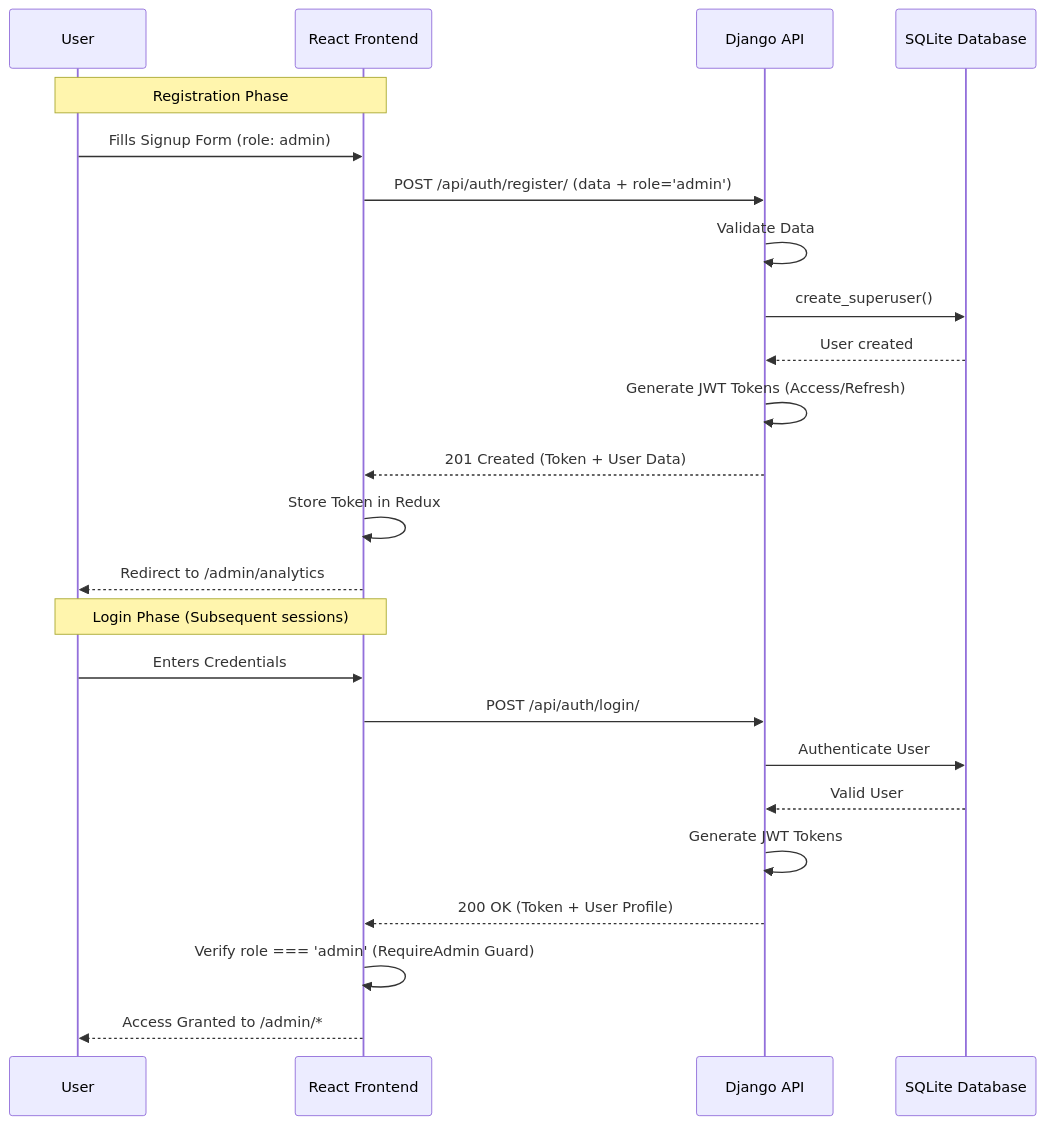
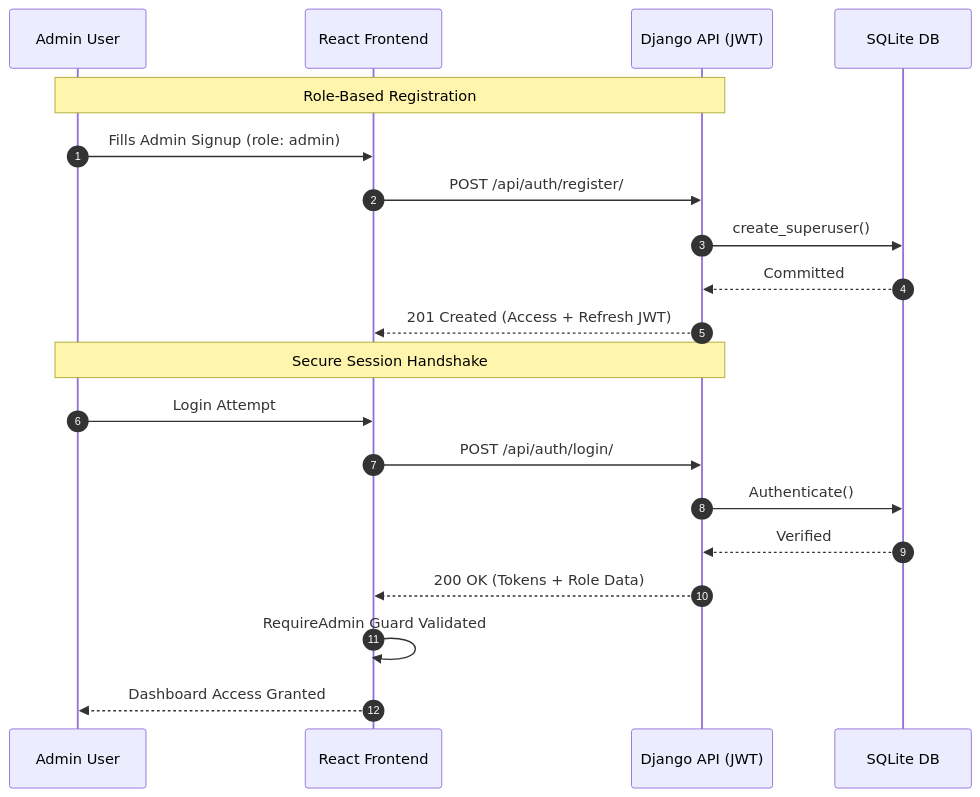
The first of 2 diagrams in README.md (bhushantile20/EVERMILK), drawn with Mermaid before and after one commit. The commit also changed other lines of this file, not shown here.

````diff
--- a/README.md
+++ b/README.md
@@ -94,28 +33,24 @@
 ```mermaid
 sequenceDiagram
-    participant User
-    participant Frontend as React Frontend
-    participant Backend as Django API
-    participant DB as SQLite Database
+    autonumber
+    participant Admin as Admin User
+    participant FE as React Frontend
+    participant BE as Django API (JWT)
+    participant DB as SQLite DB
 
-    Note over User, Frontend: Registration Phase
-    User->>Frontend: Fills Signup Form (role: admin)
-    Frontend->>Backend: POST /api/auth/register/ (data + role='admin')
-    Backend->>Backend: Validate Data
-    Backend->>DB: create_superuser()
-    DB-->>Backend: User created
-    Backend->>Backend: Generate JWT Tokens (Access/Refresh)
-    Backend-->>Frontend: 201 Created (Token + User Data)
-    Frontend->>Frontend: Store Token in Redux
-    Frontend-->>User: Redirect to /admin/analytics
-
-    Note over User, Frontend: Login Phase (Subsequent sessions)
-    User->>Frontend: Enters Credentials
-    Frontend->>Backend: POST /api/auth/login/
-    Backend->>DB: Authenticate User
-    DB-->>Backend: Valid User
-    Backend->>Backend: Generate JWT Tokens
-    Backend-->>Frontend: 200 OK (Token + User Profile)
-    Frontend->>Frontend: Verify role === 'admin' (RequireAdmin Guard)
-    Frontend-->>User: Access Granted to /admin/*
+    Note over Admin, BE: Role-Based Registration
+    Admin->>FE: Fills Admin Signup (role: admin)
+    FE->>BE: POST /api/auth/register/
+    BE->>DB: create_superuser()
+    DB-->>BE: Committed
+    BE-->>FE: 201 Created (Access + Refresh JWT)
+    
+    Note over Admin, BE: Secure Session Handshake
+    Admin->>FE: Login Attempt
+    FE->>BE: POST /api/auth/login/
+    BE->>DB: Authenticate()
+    DB-->>BE: Verified
+    BE-->>FE: 200 OK (Tokens + Role Data)
+    FE->>FE: RequireAdmin Guard Validated
+    FE-->>Admin: Dashboard Access Granted
 ```
````
